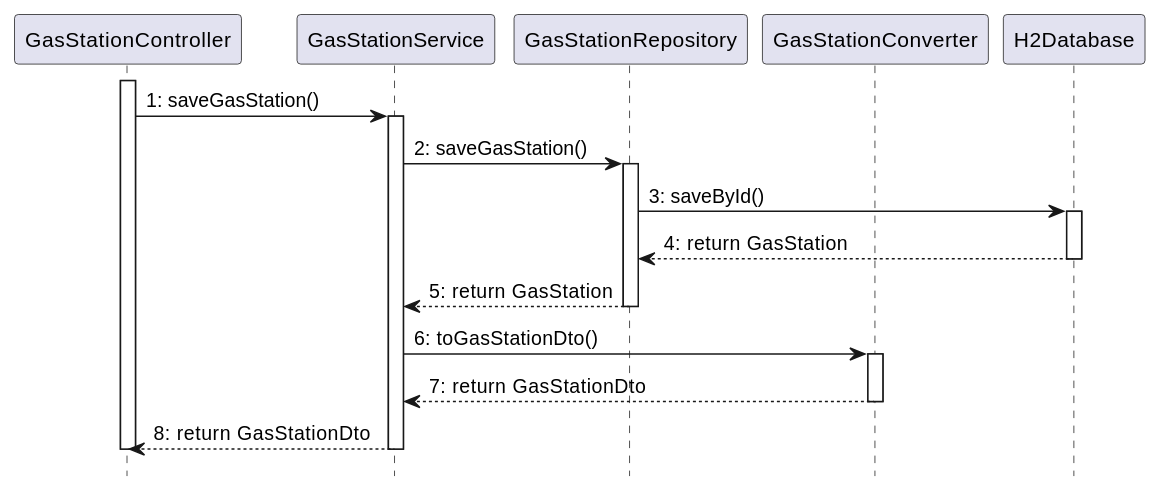
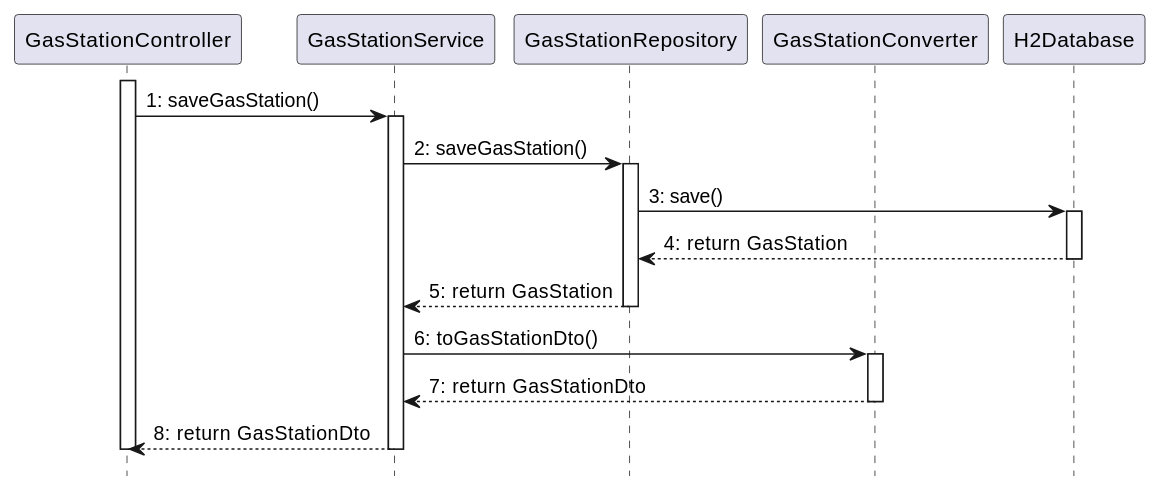
One commit to SE2-group4/SE1-project changed the eighth of 14 diagrams in docs/DesignDocument.md. Above: the diagram before and after it, drawn with PlantUML. The commit also changed other lines of this file, not shown here.

````diff
--- a/docs/DesignDocument.md
+++ b/docs/DesignDocument.md
@@ -588,36 +598,36 @@
 ```plantuml
 @startuml
 hide footbox
 skinparam shadowing false
 
 participant GasStationController as GC
 participant GasStationService as GS
 participant GasStationRepository as GR
 participant GasStationConverter as GCV
 participant H2Database as H2
 
 activate GC
 GC -> GS: 1: saveGasStation()
 activate GS
 
 GS -> GR: 2: saveGasStation()
 activate GR
 
-GR -> H2: 3: saveById()
+GR -> H2: 3: save()
 
 activate H2
 H2 --> GR: 4: return GasStation
 deactivate H2
 
 GR --> GS: 5: return GasStation
 deactivate GR
 
 GS -> GCV: 6: toGasStationDto()
 activate GCV
 GCV --> GS: 7: return GasStationDto
 deactivate GCV
 GS --> GC: 8: return GasStationDto
 deactivate GS
 deactivate GC
 @enduml
 ```
````
